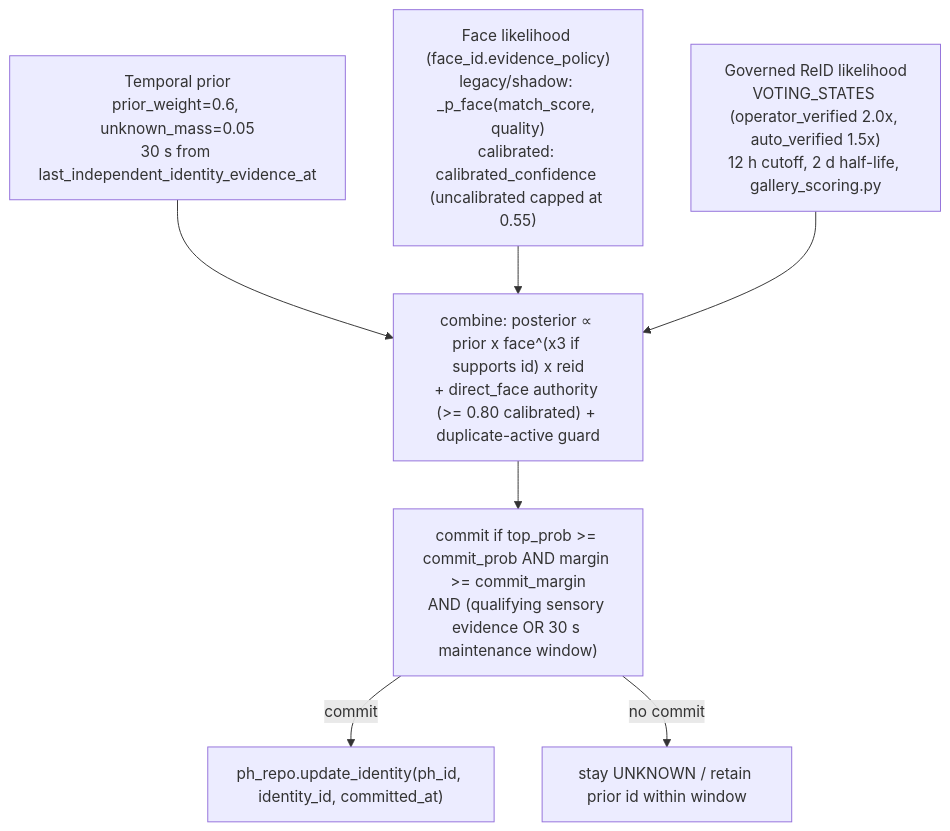
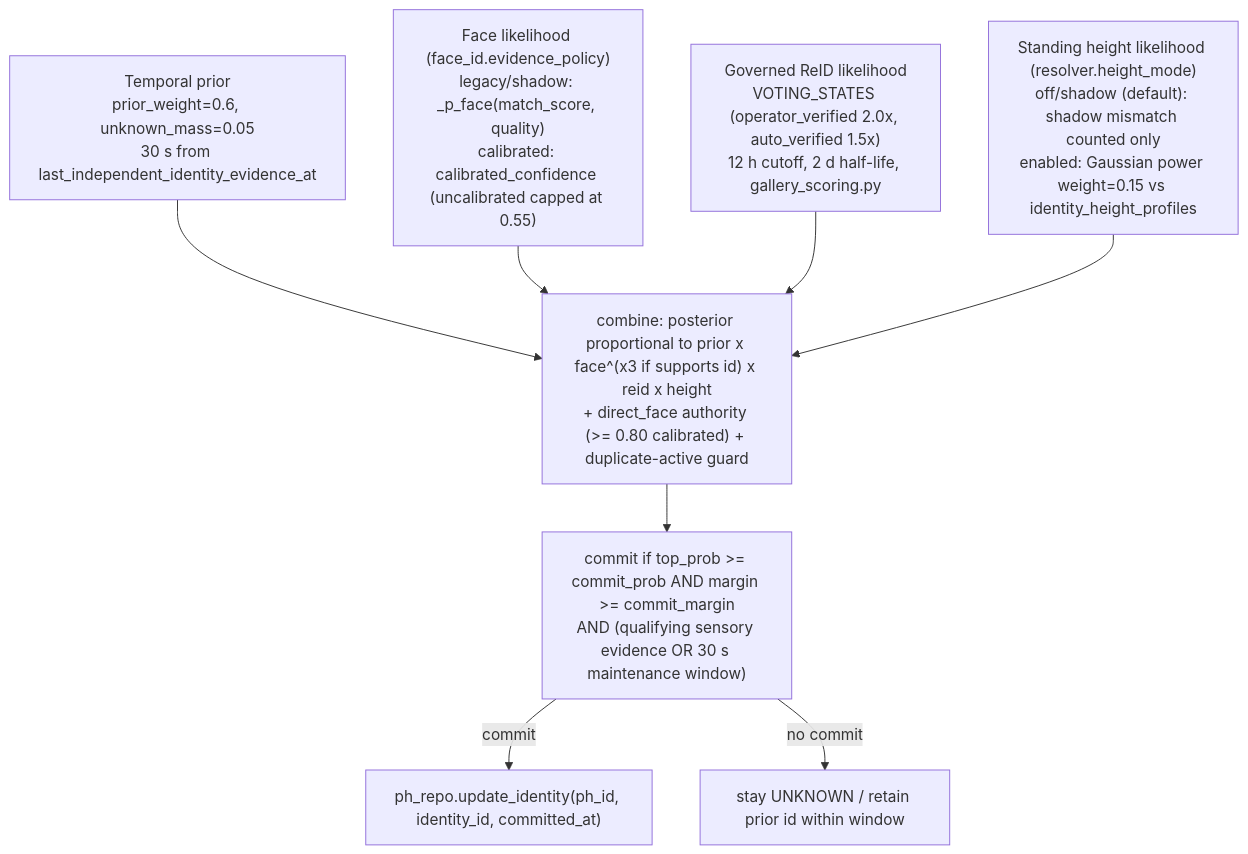
One commit to SilverMind-Project/continuous-tracking changed the third of 5 diagrams in docs/systems-architecture.md. Above: the diagram before and after it, drawn with Mermaid. The commit also changed other lines of this file and 44 other files, not shown here.

First line of the commit message:
feat(tracking): add single-view standing height metrology, profile learner, and shadow height channel

````diff
--- a/docs/systems-architecture.md
+++ b/docs/systems-architecture.md
@@ -56,10 +56,11 @@
 ```mermaid
 flowchart TD
   prior["Temporal prior\nprior_weight=0.6, unknown_mass=0.05\n30 s from last_independent_identity_evidence_at"] --> comb
   face["Face likelihood (face_id.evidence_policy)\nlegacy/shadow: _p_face(match_score, quality)\ncalibrated: calibrated_confidence (uncalibrated capped at 0.55)"] --> comb
   reid["Governed ReID likelihood\nVOTING_STATES (operator_verified 2.0x, auto_verified 1.5x)\n12 h cutoff, 2 d half-life, gallery_scoring.py"] --> comb
-  comb["combine: posterior ∝ prior x face^(x3 if supports id) x reid\n+ direct_face authority (>= 0.80 calibrated) + duplicate-active guard"] --> commit
+  height["Standing height likelihood (resolver.height_mode)\noff/shadow (default): shadow mismatch counted only\nenabled: Gaussian power weight=0.15 vs identity_height_profiles"] --> comb
+  comb["combine: posterior proportional to prior x face^(x3 if supports id) x reid x height\n+ direct_face authority (>= 0.80 calibrated) + duplicate-active guard"] --> commit
   commit["commit if top_prob >= commit_prob AND margin >= commit_margin\nAND (qualifying sensory evidence OR 30 s maintenance window)"]
   commit -->|commit| set["ph_repo.update_identity(ph_id, identity_id, committed_at)"]
   commit -->|no commit| unk["stay UNKNOWN / retain prior id within window"]
 ```
````
